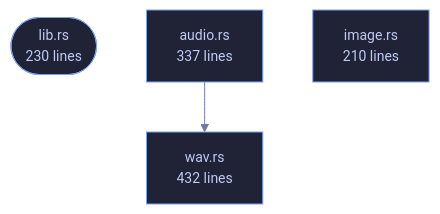
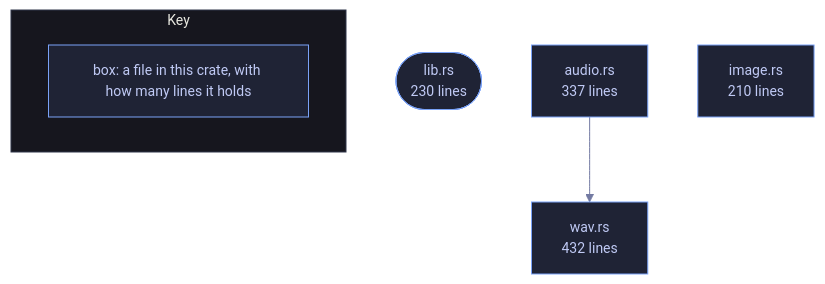
Before and after one commit to tilas01/veilvoice: the diagram in crates/veilvoice-meta/README.md, drawn with Mermaid. The commit also changed 1510 other files, not shown here.

First line of the commit message:
Regenerate the documentation, wiki, site, graphs and measured numbers

````diff
--- a/crates/veilvoice-meta/README.md
+++ b/crates/veilvoice-meta/README.md
@@ -83,13 +83,17 @@
 ```mermaid
 %%{init: {"theme":"base","themeVariables":{"background":"#1a1b26","primaryColor":"#1f2335","primaryTextColor":"#c0caf5","primaryBorderColor":"#7aa2f7","secondaryColor":"#16161e","tertiaryColor":"#16161e","lineColor":"#737aa2","textColor":"#c0caf5","mainBkg":"#1f2335","nodeBorder":"#7aa2f7","clusterBkg":"#16161e","clusterBorder":"#2f3549","fontFamily":"ui-monospace, SFMono-Regular, Consolas, monospace","fontSize":"14px"}}}%%
 flowchart TD
     n_lib(["lib.rs<br/>230 lines"])
     n_audio["audio.rs<br/>337 lines"]
     n_image["image.rs<br/>210 lines"]
     n_wav["wav.rs<br/>432 lines"]
     n_audio --> n_wav
     click n_lib href "https://github.com/tilas01/veilvoice/blob/main/crates/veilvoice-meta/src/lib.rs" "open the source"
     click n_audio href "https://github.com/tilas01/veilvoice/blob/main/crates/veilvoice-meta/src/audio.rs" "open the source"
     click n_image href "https://github.com/tilas01/veilvoice/blob/main/crates/veilvoice-meta/src/image.rs" "open the source"
     click n_wav href "https://github.com/tilas01/veilvoice/blob/main/crates/veilvoice-meta/src/wav.rs" "open the source"
+    subgraph chart_key ["Key"]
+        direction LR
+        key_box["box: a file in this crate, with how many lines it holds"]
+    end
 ```
````
